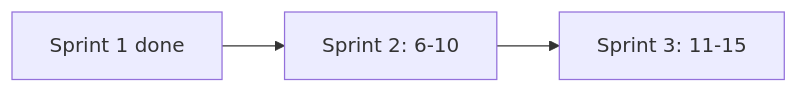
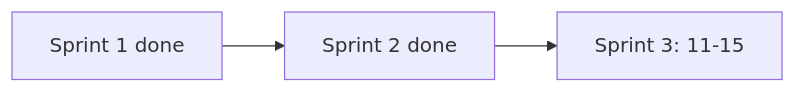
Before and after one commit to Igor527/igor_page_calc: the diagram in docs/ux-improvement-roadmap.md, drawn with Mermaid. The commit also changed other lines of this file and 6 other files, not shown here.

Commit message:
feat: update PWA manifest for dark theme compatibility, enhance UX roadmap documentation, and improve error handling in notes and sync components

````diff
--- a/docs/ux-improvement-roadmap.md
+++ b/docs/ux-improvement-roadmap.md
@@ -167,5 +177,5 @@
 ```mermaid
 flowchart LR
-  S1[Sprint 1 done] --> S2[Sprint 2: 6-10]
+  S1[Sprint 1 done] --> S2[Sprint 2 done]
   S2 --> S3[Sprint 3: 11-15]
 ```
````
